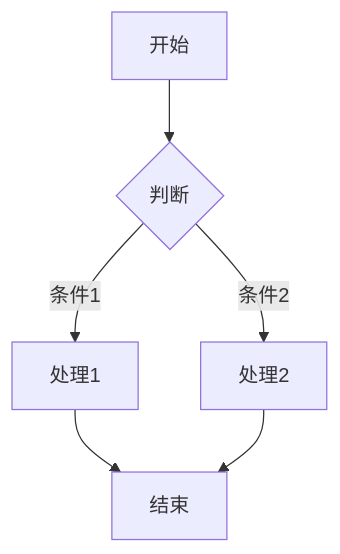
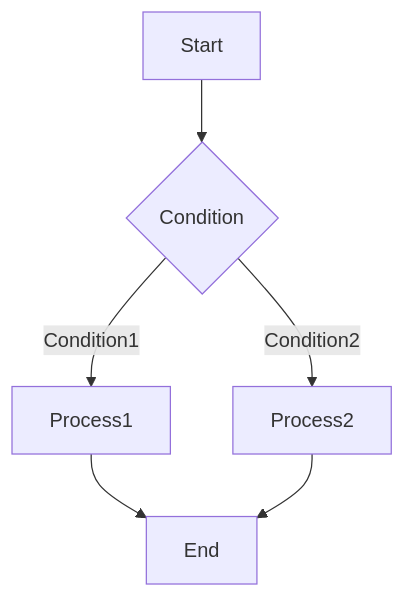
Before and after one commit to Deliay/zero-ash-cookbook: the diagram in reference/document-workflow.md, drawn with Mermaid. The commit also changed other lines of this file and 20 other files, not shown here.

````diff
--- a/reference/document-workflow.md
+++ b/reference/document-workflow.md
@@ -56,8 +56,8 @@
 ```mermaid
 flowchart TD
-    A[开始] --> B{判断}
-    B -->|条件1| C[处理1]
-    B -->|条件2| D[处理2]
-    C --> E[结束]
+    A[Start] --> B{Condition}
+    B -->|Condition1| C[Process1]
+    B -->|Condition2| D[Process2]
+    C --> E[End]
     D --> E
 ```
````
